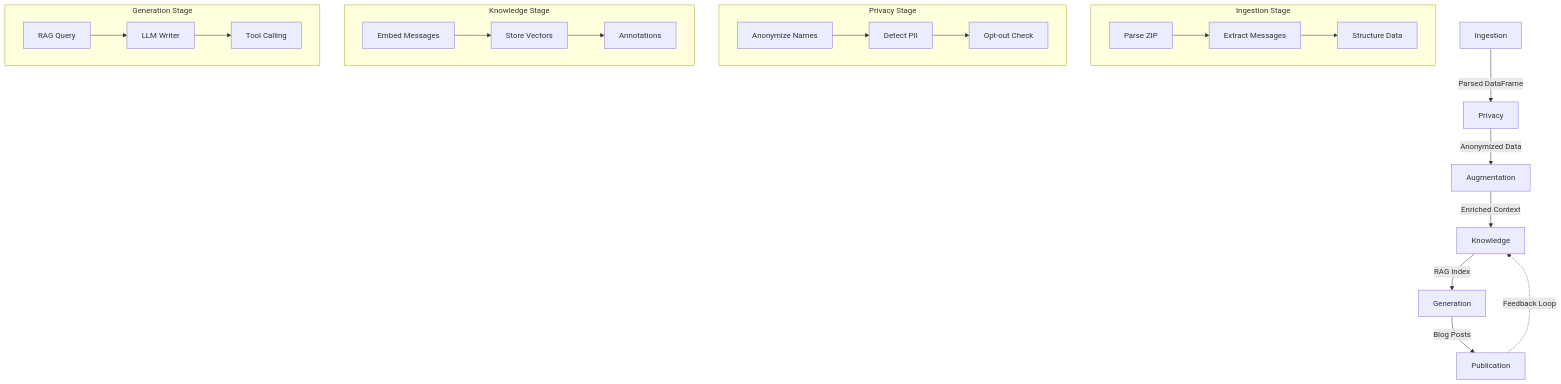
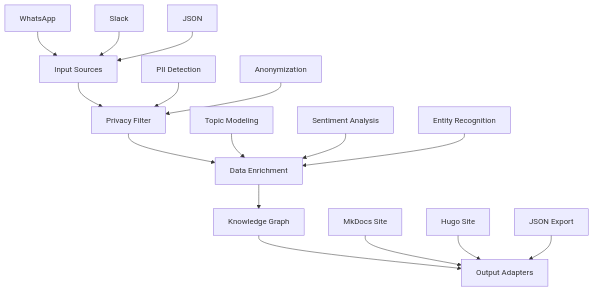
The diagram in docs/guide/architecture.md (franklinbaldo/egregora), drawn with Mermaid before and after one commit. The commit also changed other lines of this file and 91 other files, not shown here.

````diff
--- a/docs/guide/architecture.md
+++ b/docs/guide/architecture.md
@@ -7,25 +9,22 @@
 ```mermaid
 graph TD
-    A[Ingestion] -->|Parsed DataFrame| B[Privacy]
-    B -->|Anonymized Data| C[Augmentation]
-    C -->|Enriched Context| D[Knowledge]
-    D -->|RAG Index| E[Generation]
-    E -->|Blog Posts| F[Publication]
-    F -.->|Feedback Loop| D
-
-    subgraph "Ingestion Stage"
-    A1[Parse ZIP] --> A2[Extract Messages] --> A3[Structure Data]
-    end
-
-    subgraph "Privacy Stage"
-    B1[Anonymize Names] --> B2[Detect PII] --> B3[Opt-out Check]
-    end
-
-    subgraph "Knowledge Stage"
-    D1[Embed Messages] --> D2[Store Vectors] --> D3[Annotations]
-    end
-
-    subgraph "Generation Stage"
-    E1[RAG Query] --> E2[LLM Writer] --> E3[Tool Calling]
-    end
+    A[Input Sources] --> B[Privacy Filter]
+    B --> C[Data Enrichment]
+    C --> D[Knowledge Graph]
+    D --> E[Output Adapters]
+    
+    A1[WhatsApp] --> A
+    A2[Slack] --> A
+    A3[JSON] --> A
+    
+    B1[PII Detection] --> B
+    B2[Anonymization] --> B
+    
+    C1[Topic Modeling] --> C
+    C2[Sentiment Analysis] --> C
+    C3[Entity Recognition] --> C
+    
+    E1[MkDocs Site] --> E
+    E2[Hugo Site] --> E
+    E3[JSON Export] --> E
 ```
````
